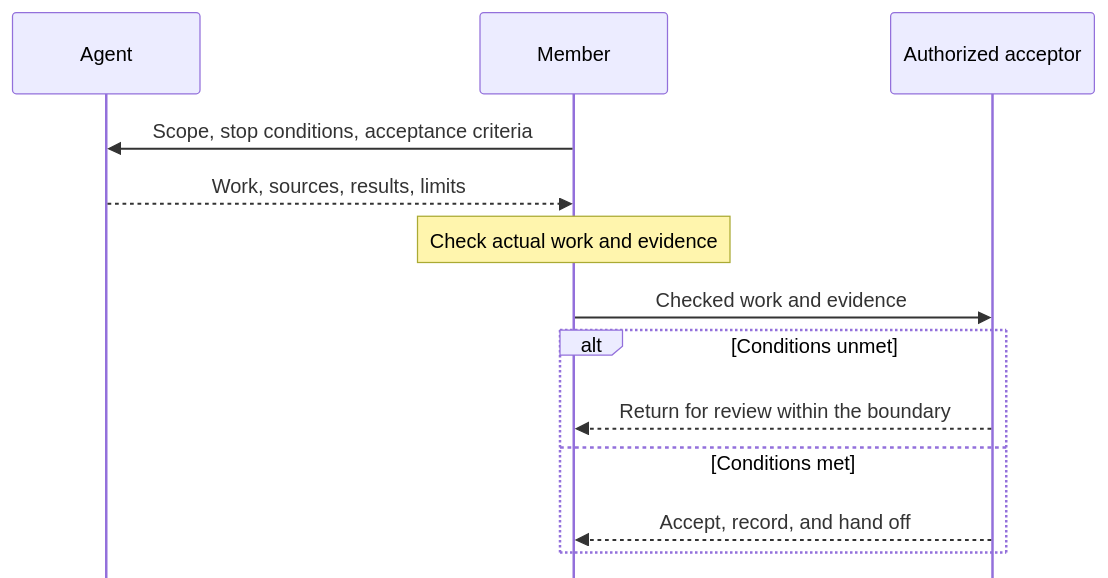
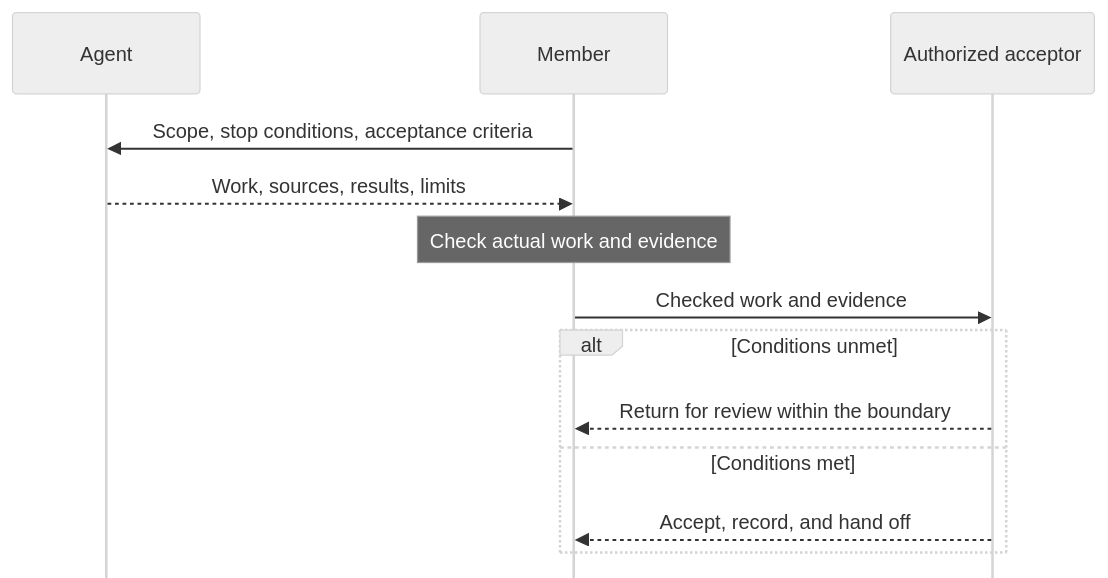
The diagram in docs/human-agent.md (HengYangDS/data-department-work-guidelines), drawn with Mermaid before and after one commit. The commit also changed 1 other file, not shown here.

Commit message:
docs(collaboration): use a neutral delegation diagram

````diff
--- a/docs/human-agent.md
+++ b/docs/human-agent.md
@@ -83,22 +83,23 @@
 ```mermaid
 ---
 config:
+  theme: neutral
   sequence:
     mirrorActors: false
 ---
 sequenceDiagram
     accTitle: Delegation, evidence, and authorized acceptance
     accDescr: A member sets the delegation boundary. An Agent returns work and evidence. The member checks the actual work and evidence before submitting them to an authorized acceptor. If conditions are unmet, the work returns for review within the delegation boundary. If conditions are met, the acceptor accepts the work, records acceptance, and hands off the result. Participants represent roles, not necessarily different people. People retain authority and responsibility; acceptance never expands permission.
     participant Agent
     participant Member
     participant Acceptor as Authorized acceptor
     Member->>Agent: Scope, stop conditions, acceptance criteria
     Agent-->>Member: Work, sources, results, limits
     Note over Member: Check actual work and evidence
     Member->>Acceptor: Checked work and evidence
     alt Conditions unmet
         Acceptor-->>Member: Return for review within the boundary
     else Conditions met
         Acceptor-->>Member: Accept, record, and hand off
     end
 ```
````
